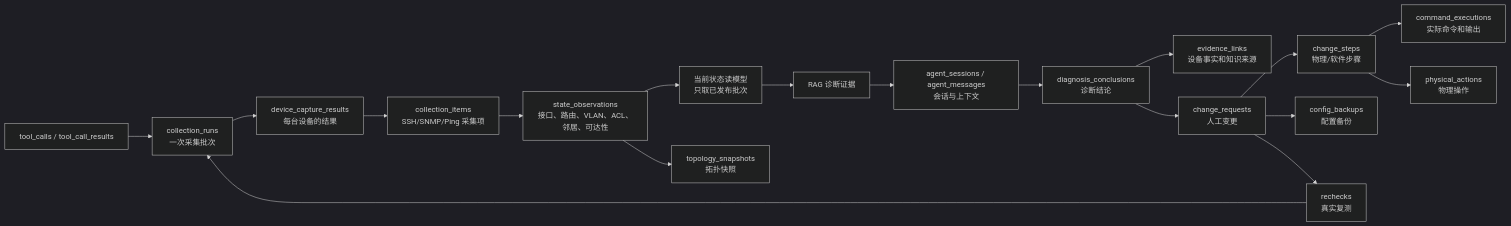
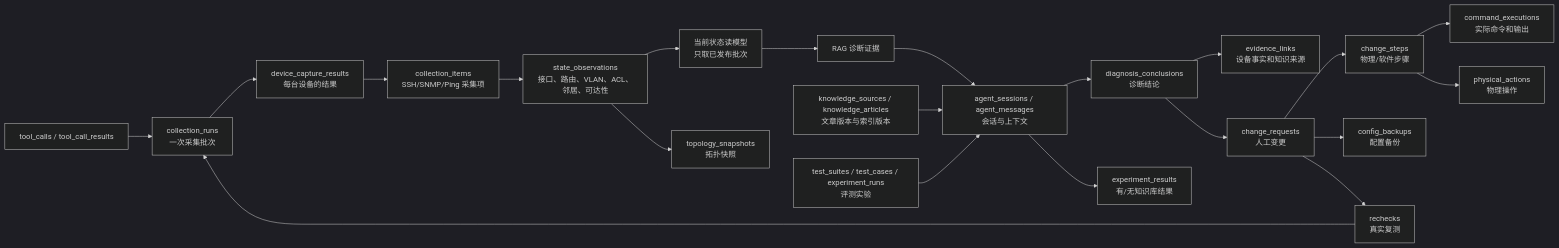
Before and after one commit to A1PHAalpha/-project6: the sixth of 7 diagrams in README.md, drawn with Mermaid (dark theme). The commit also changed other lines of this file and 26 other files, not shown here.

````diff
--- a/README.md
+++ b/README.md
@@ -452,20 +459,24 @@
 ```mermaid
 flowchart LR
     RUN["collection_runs<br/>一次采集批次"] --> RESULT["device_capture_results<br/>每台设备的结果"]
     RESULT --> ITEM["collection_items<br/>SSH/SNMP/Ping 采集项"]
     ITEM --> OBS["state_observations<br/>接口、路由、VLAN、ACL、邻居、可达性"]
     OBS --> CURRENT["当前状态读模型<br/>只取已发布批次"]
     OBS --> TOPO["topology_snapshots<br/>拓扑快照"]
     CURRENT --> RAG["RAG 诊断证据"]
     TOOL["tool_calls / tool_call_results"] --> RUN
     RAG --> SESSION["agent_sessions / agent_messages<br/>会话与上下文"]
     SESSION --> CONCLUSION["diagnosis_conclusions<br/>诊断结论"]
     CONCLUSION --> EVID["evidence_links<br/>设备事实和知识来源"]
     CONCLUSION --> CHANGE["change_requests<br/>人工变更"]
     CHANGE --> STEP["change_steps<br/>物理/软件步骤"]
     STEP --> EXEC["command_executions<br/>实际命令和输出"]
     STEP --> PHYS["physical_actions<br/>物理操作"]
     CHANGE --> BACKUP["config_backups<br/>配置备份"]
     CHANGE --> CHECK["rechecks<br/>真实复测"]
     CHECK --> RUN
+    CATALOG --> SESSION
+    EVAL["test_suites / test_cases / experiment_runs<br/>评测实验"] --> SESSION
+    SESSION --> RESULTKB["experiment_results<br/>有/无知识库结果"]
+    CATALOG["knowledge_sources / knowledge_articles<br/>文章版本与索引版本"]
 ```
````
